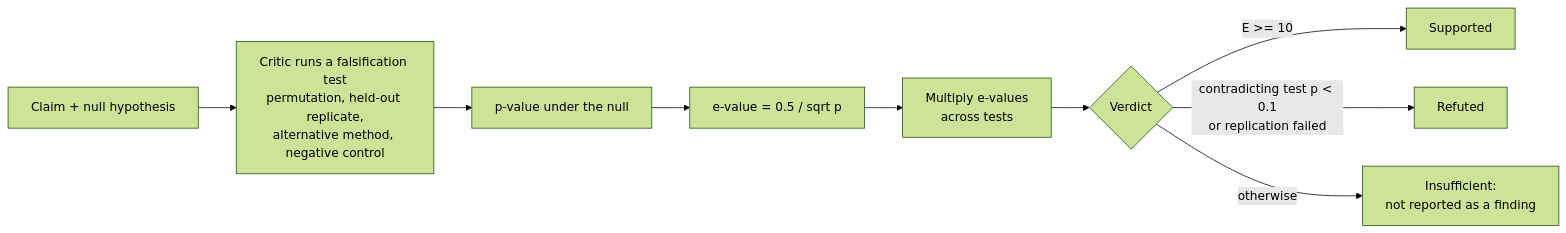
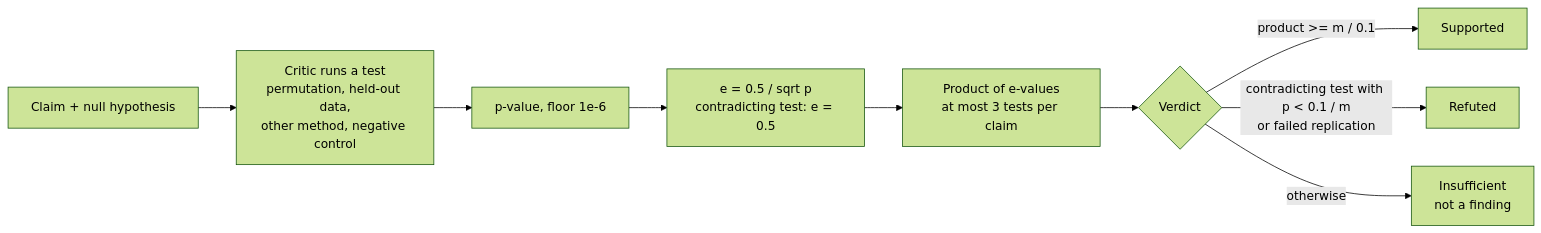
One commit to itsbrendandang/agent-test changed the third of 3 diagrams in glhf/docs/DESIGN.md. Above: the diagram before and after it, drawn with Mermaid (forest theme). The commit also changed other lines of this file and 23 other files, not shown here.

````diff
--- a/glhf/docs/DESIGN.md
+++ b/glhf/docs/DESIGN.md
@@ -63,11 +128,11 @@
 ```mermaid
 flowchart LR
-    A[Claim + null hypothesis] --> B[Critic runs a falsification test<br/>permutation, held-out replicate,<br/>alternative method, negative control]
-    B --> C[p-value under the null]
-    C --> D[e-value = 0.5 / sqrt p]
-    D --> E[Multiply e-values<br/>across tests]
+    A[Claim + null hypothesis] --> B[Critic runs a test<br/>permutation, held-out data,<br/>other method, negative control]
+    B --> C[p-value, floor 1e-6]
+    C --> D[e = 0.5 / sqrt p<br/>contradicting test: e = 0.5]
+    D --> E[Product of e-values<br/>at most 3 tests per claim]
     E --> F{Verdict}
-    F -->|E >= 10| G[Supported]
-    F -->|contradicting test p < 0.1<br/>or replication failed| H[Refuted]
-    F -->|otherwise| I[Insufficient:<br/>not reported as a finding]
+    F -->|product >= m / 0.1| G[Supported]
+    F -->|contradicting test with p < 0.1 / m<br/>or failed replication| H[Refuted]
+    F -->|otherwise| I[Insufficient<br/>not a finding]
 ```
````
